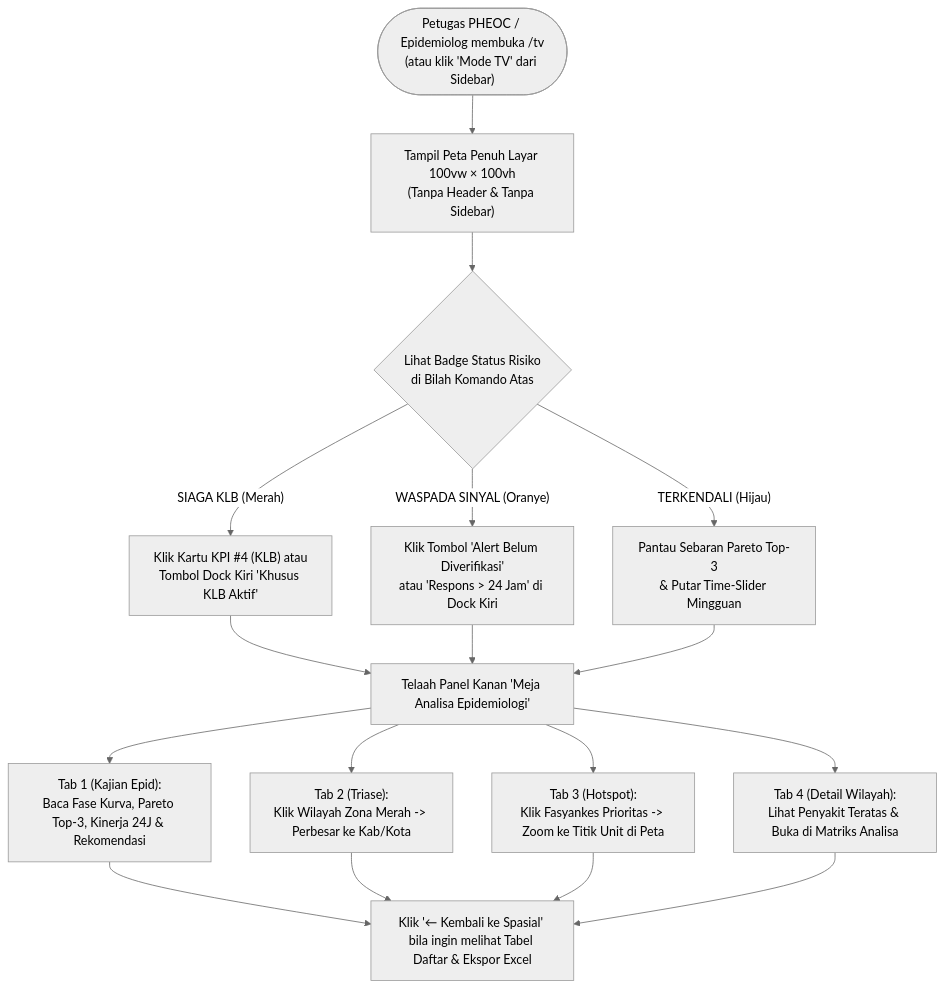
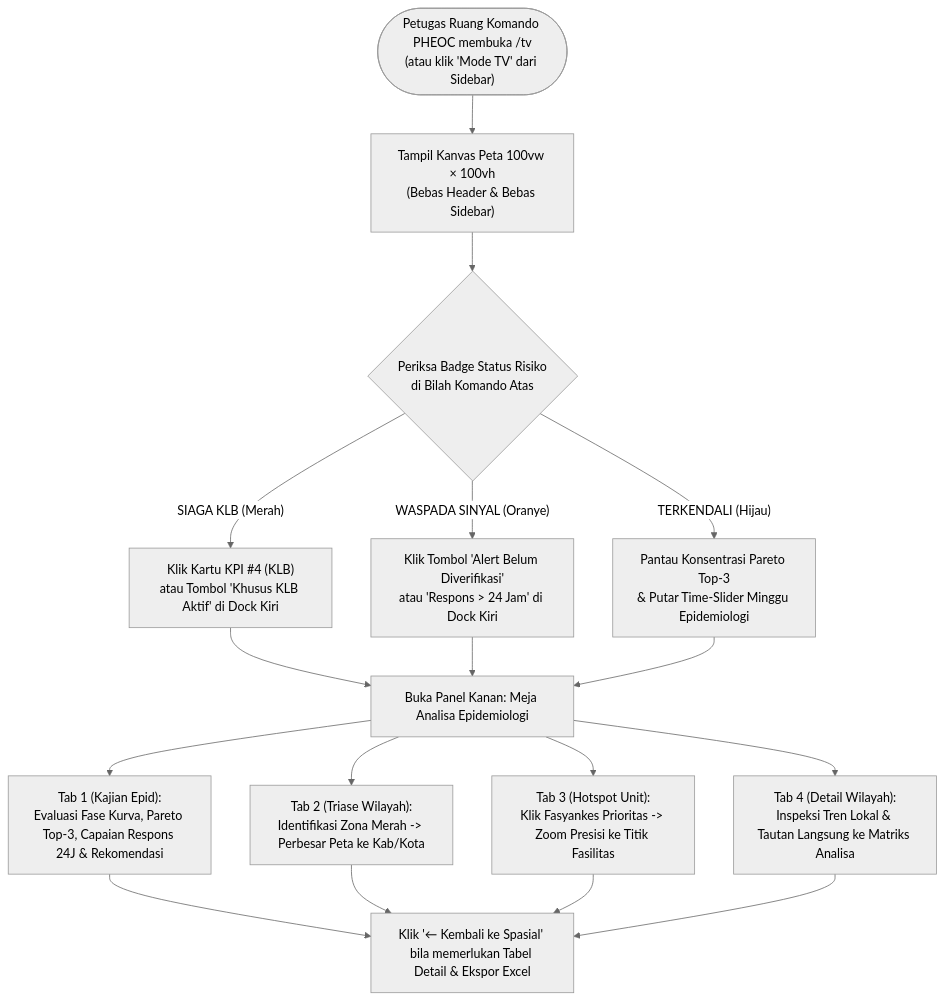
Before and after one commit to cuatiawww/skdr-indonesia: the seventh of 7 diagrams in docs/BRD_SRS_FITUR_FORM_DAN_DASBOR.md, drawn with Mermaid (neutral theme). The commit also changed other lines of this file and 2 other files, not shown here.

````diff
--- a/docs/BRD_SRS_FITUR_FORM_DAN_DASBOR.md
+++ b/docs/BRD_SRS_FITUR_FORM_DAN_DASBOR.md
@@ -500,15 +418,17 @@
 ```mermaid
 flowchart TD
-    OpenTV(["Petugas PHEOC / Epidemiolog membuka /tv\n(atau klik 'Mode TV' dari Sidebar)"]) --> FullMap["Tampil Peta Penuh Layar 100vw × 100vh\n(Tanpa Header & Tanpa Sidebar)"]
-    FullMap --> CheckBadge{"Lihat Badge Status Risiko\ndi Bilah Komando Atas"}
-    CheckBadge -- "SIAGA KLB (Merah)" --> TriageKLB["Klik Kartu KPI #4 (KLB) atau\nTombol Dock Kiri 'Khusus KLB Aktif'"]
-    CheckBadge -- "WASPADA SINYAL (Oranye)" --> TriageVerif["Klik Tombol 'Alert Belum Diverifikasi'\natau 'Respons > 24 Jam' di Dock Kiri"]
-    CheckBadge -- "TERKENDALI (Hijau)" --> TriageRoutine["Pantau Sebaran Pareto Top-3\n& Putar Time-Slider Mingguan"]
+    OpenTV(["Petugas Ruang Komando PHEOC membuka /tv\n(atau klik 'Mode TV' dari Sidebar)"]) --> FullCanvas["Tampil Kanvas Peta 100vw × 100vh\n(Bebas Header & Bebas Sidebar)"]
+    FullCanvas --> EvalRisk{"Periksa Badge Status Risiko\ndi Bilah Komando Atas"}
     
-    TriageKLB & TriageVerif & TriageRoutine --> InspectRight["Telaah Panel Kanan 'Meja Analisa Epidemiologi'"]
-    InspectRight --> Tab1["Tab 1 (Kajian Epid):\nBaca Fase Kurva, Pareto Top-3, Kinerja 24J & Rekomendasi"]
-    InspectRight --> Tab2["Tab 2 (Triase):\nKlik Wilayah Zona Merah -> Perbesar ke Kab/Kota"]
-    InspectRight --> Tab3["Tab 3 (Hotspot):\nKlik Fasyankes Prioritas -> Zoom ke Titik Unit di Peta"]
-    InspectRight --> Tab4["Tab 4 (Detail Wilayah):\nLihat Penyakit Teratas & Buka di Matriks Analisa"]
-    Tab1 & Tab2 & Tab3 & Tab4 --> BackBtn["Klik '← Kembali ke Spasial' bila ingin melihat Tabel Daftar & Ekspor Excel"]
+    EvalRisk -- "SIAGA KLB (Merah)" --> ActKLB["Klik Kartu KPI #4 (KLB)\natau Tombol 'Khusus KLB Aktif' di Dock Kiri"]
+    EvalRisk -- "WASPADA SINYAL (Oranye)" --> ActAlert["Klik Tombol 'Alert Belum Diverifikasi'\natau 'Respons > 24 Jam' di Dock Kiri"]
+    EvalRisk -- "TERKENDALI (Hijau)" --> ActRoutine["Pantau Konsentrasi Pareto Top-3\n& Putar Time-Slider Minggu Epidemiologi"]
+    
+    ActKLB & ActAlert & ActRoutine --> InspectDesk["Buka Panel Kanan: Meja Analisa Epidemiologi"]
+    InspectDesk --> T1["Tab 1 (Kajian Epid):\nEvaluasi Fase Kurva, Pareto Top-3, Capaian Respons 24J & Rekomendasi"]
+    InspectDesk --> T2["Tab 2 (Triase Wilayah):\nIdentifikasi Zona Merah -> Perbesar Peta ke Kab/Kota"]
+    InspectDesk --> T3["Tab 3 (Hotspot Unit):\nKlik Fasyankes Prioritas -> Zoom Presisi ke Titik Fasilitas"]
+    InspectDesk --> T4["Tab 4 (Detail Wilayah):\nInspeksi Tren Lokal & Tautan Langsung ke Matriks Analisa"]
+    
+    T1 & T2 & T3 & T4 --> BackToSpatial["Klik '← Kembali ke Spasial' bila memerlukan Tabel Detail & Ekspor Excel"]
 ```
````
